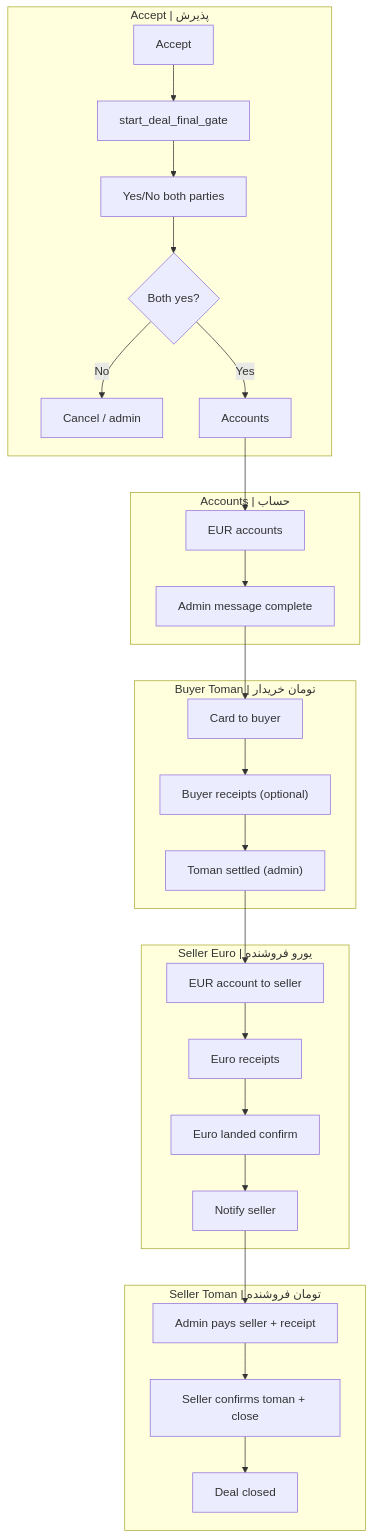
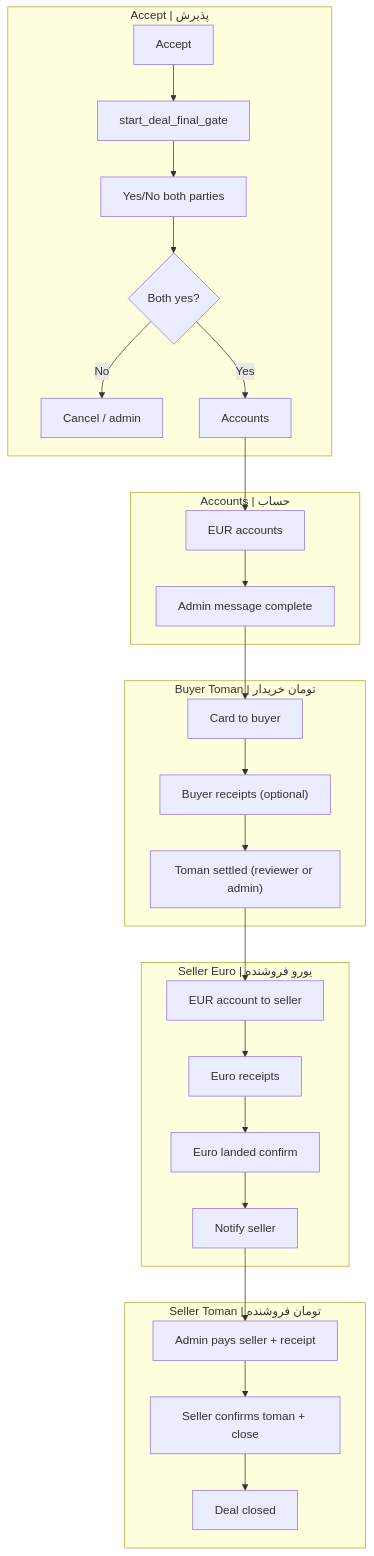
Before and after one commit to soha15167/Sepid_Exchange_Bot: the diagram in docs/DEAL_GATE.md, drawn with Mermaid. The commit also changed other lines of this file and 4 other files, not shown here.

Commit message:
Advance buyer and reviewer payment confirmations without admin

````diff
--- a/docs/DEAL_GATE.md
+++ b/docs/DEAL_GATE.md
@@ -28,34 +28,34 @@
 ```mermaid
 flowchart TB
     subgraph phase0 ["Accept | پذیرش"]
         A["Accept"] --> B["start_deal_final_gate"]
         B --> C["Yes/No both parties"]
         C --> D{"Both yes?"}
         D -->|No| X["Cancel / admin"]
         D -->|Yes| E["Accounts"]
     end
 
     subgraph phase1 ["Accounts | حساب"]
         E --> F["EUR accounts"]
         F --> G["Admin message complete"]
     end
 
     subgraph phase2 ["Buyer Toman | تومان خریدار"]
         G --> H["Card to buyer"]
         H --> I["Buyer receipts (optional)"]
-        I --> J["Toman settled (admin)"]
+        I --> J["Toman settled (reviewer or admin)"]
     end
 
     subgraph phase3 ["Seller Euro | یورو فروشنده"]
         J --> K["EUR account to seller"]
         K --> L["Euro receipts"]
         L --> M["Euro landed confirm"]
         M --> N["Notify seller"]
     end
 
     subgraph phase4 ["Seller Toman | تومان فروشنده"]
         N --> P["Admin pays seller + receipt"]
         P --> Q["Seller confirms toman + close"]
         Q --> R["Deal closed"]
     end
 ```
````
